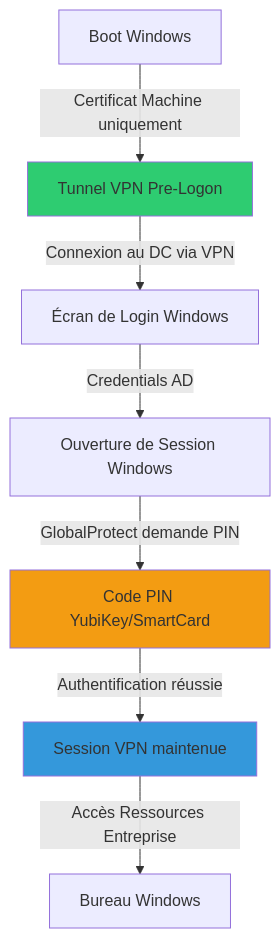
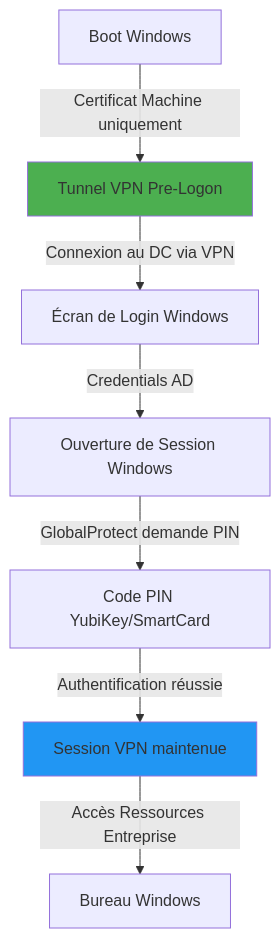
The diagram in docs/formations/ntlite/06-scenario-vpn.md (VBlackJack/ShellBook), drawn with Mermaid before and after one commit. The commit also changed other lines of this file and 337 other files, not shown here.

First line of the commit message:
refactor(docs): Standardize code blocks and Mermaid colors

````diff
--- a/docs/formations/ntlite/06-scenario-vpn.md
+++ b/docs/formations/ntlite/06-scenario-vpn.md
@@ -32,13 +32,13 @@
 ```mermaid
 graph TD
     A[Boot Windows] -->|Certificat Machine uniquement| B[Tunnel VPN Pre-Logon]
     B -->|Connexion au DC via VPN| C[Écran de Login Windows]
     C -->|Credentials AD| D[Ouverture de Session Windows]
     D -->|GlobalProtect demande PIN| E[Code PIN YubiKey/SmartCard]
     E -->|Authentification réussie| F[Session VPN maintenue]
     F -->|Accès Ressources Entreprise| G[Bureau Windows]
 
-    style B fill:#2ecc71
-    style E fill:#f39c12
-    style F fill:#3498db
+    style B fill:#4CAF50
+    style E fill:#FF9800800800
+    style F fill:#2196F3
 ```
````
